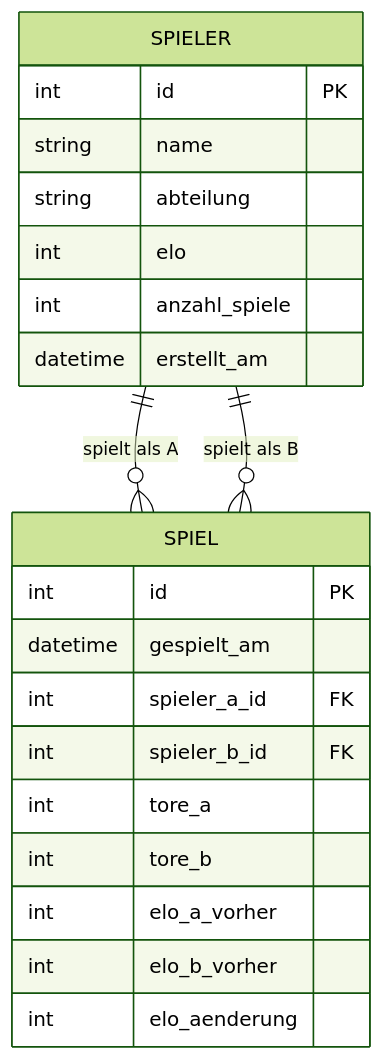
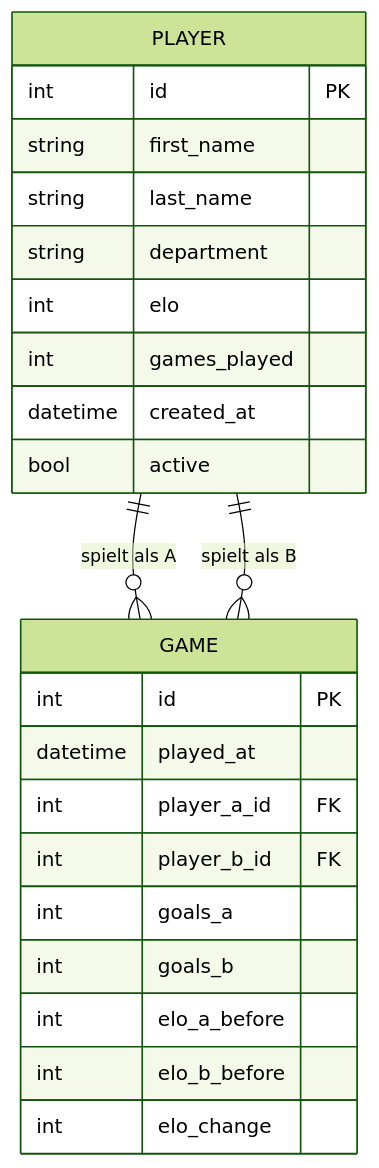
One commit to KURIBOH-BYTE/KickerRank changed the diagram in README.md. Above: the diagram before and after it, drawn with Mermaid (forest theme). The commit also changed other lines of this file and 14 other files, not shown here.

````diff
--- a/README.md
+++ b/README.md
@@ -245,24 +245,26 @@
 ```mermaid
 erDiagram
-    SPIELER ||--o{ SPIEL : "spielt als A"
-    SPIELER ||--o{ SPIEL : "spielt als B"
-    SPIELER {
+    PLAYER ||--o{ GAME : "spielt als A"
+    PLAYER ||--o{ GAME : "spielt als B"
+    PLAYER {
         int id PK
-        string name
-        string abteilung
+        string first_name
+        string last_name
+        string department
         int elo
-        int anzahl_spiele
-        datetime erstellt_am
+        int games_played
+        datetime created_at
+        bool active
     }
-    SPIEL {
+    GAME {
         int id PK
-        datetime gespielt_am
-        int spieler_a_id FK
-        int spieler_b_id FK
-        int tore_a
-        int tore_b
-        int elo_a_vorher
-        int elo_b_vorher
-        int elo_aenderung
+        datetime played_at
+        int player_a_id FK
+        int player_b_id FK
+        int goals_a
+        int goals_b
+        int elo_a_before
+        int elo_b_before
+        int elo_change
     }
 ```
````
